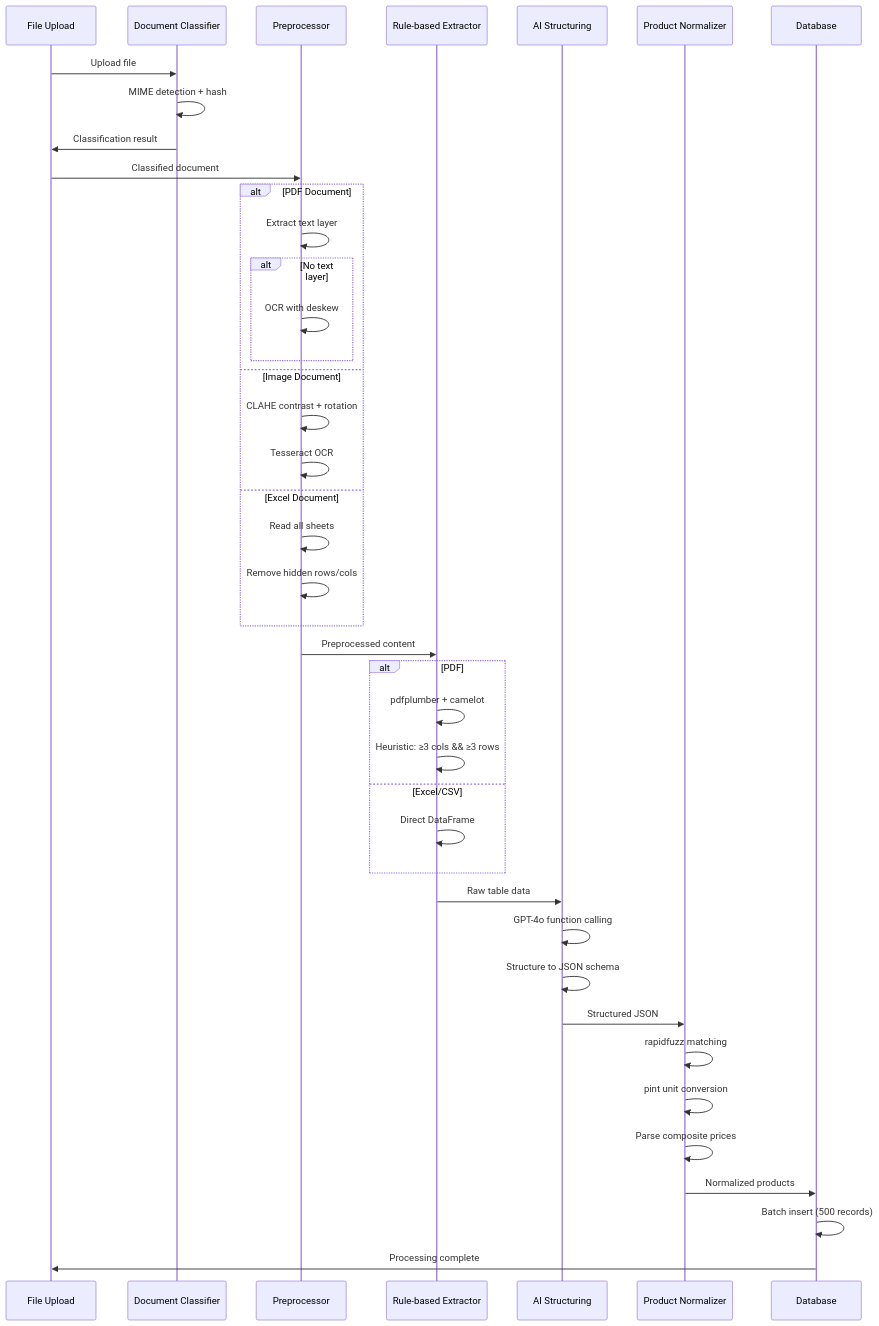
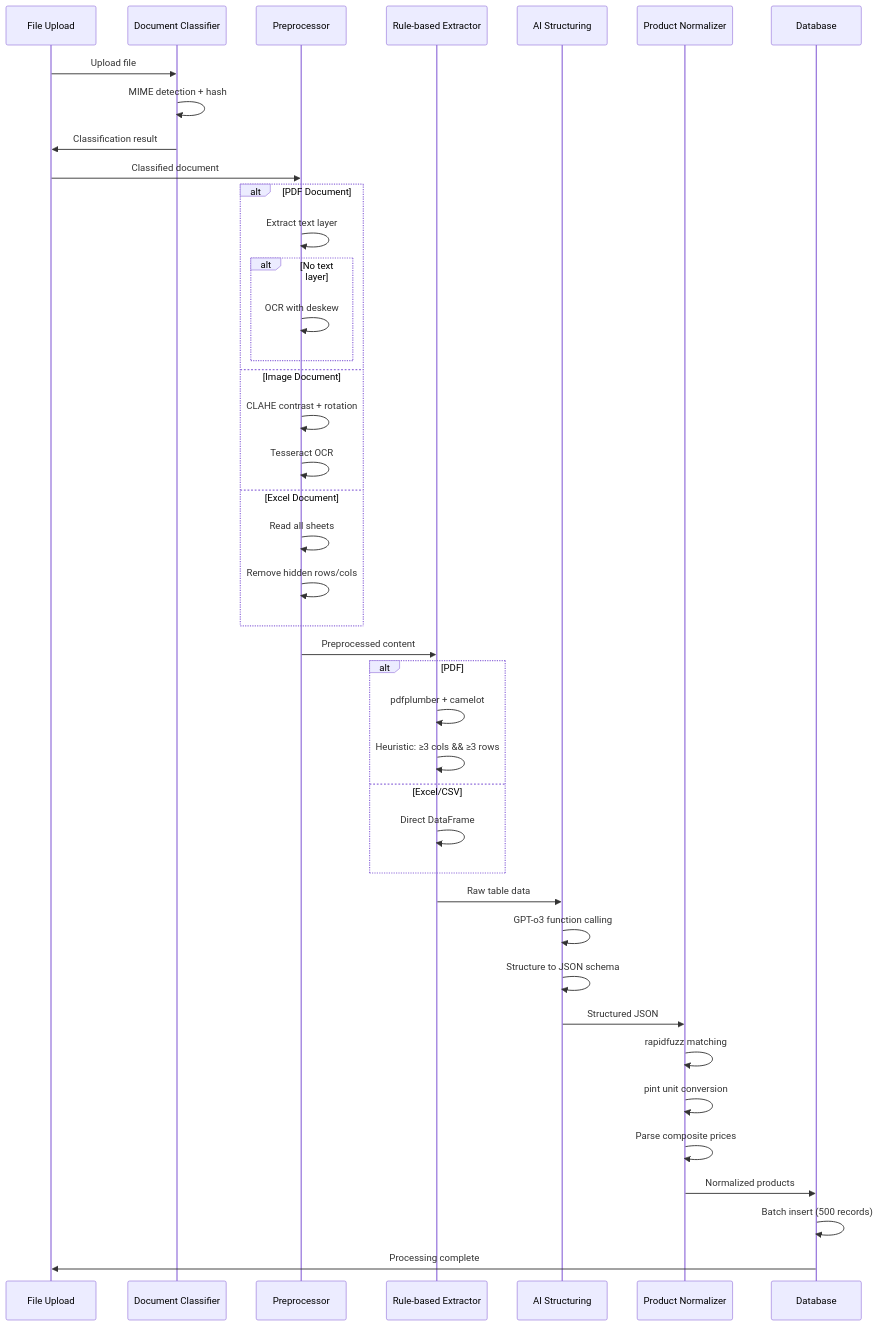
The diagram in PARSING_PIPELINE.md (Enthusiasm-c/monito-web), drawn with Mermaid before and after one commit. The commit also changed other lines of this file and 18 other files, not shown here.

````diff
--- a/PARSING_PIPELINE.md
+++ b/PARSING_PIPELINE.md
@@ -9,52 +9,52 @@
 ```mermaid
 sequenceDiagram
     participant Upload as File Upload
     participant Classifier as Document Classifier
     participant Preprocessor as Preprocessor
     participant Extractor as Rule-based Extractor
     participant AI as AI Structuring
     participant Normalizer as Product Normalizer
     participant DB as Database
 
     Upload->>Classifier: Upload file
     Classifier->>Classifier: MIME detection + hash
     Classifier->>Upload: Classification result
     
     Upload->>Preprocessor: Classified document
     
     alt PDF Document
         Preprocessor->>Preprocessor: Extract text layer
         alt No text layer
             Preprocessor->>Preprocessor: OCR with deskew
         end
     else Image Document
         Preprocessor->>Preprocessor: CLAHE contrast + rotation
         Preprocessor->>Preprocessor: Tesseract OCR
     else Excel Document
         Preprocessor->>Preprocessor: Read all sheets
         Preprocessor->>Preprocessor: Remove hidden rows/cols
     end
     
     Preprocessor->>Extractor: Preprocessed content
     
     alt PDF
         Extractor->>Extractor: pdfplumber + camelot
         Extractor->>Extractor: Heuristic: ≥3 cols && ≥3 rows
     else Excel/CSV
         Extractor->>Extractor: Direct DataFrame
     end
     
     Extractor->>AI: Raw table data
-    AI->>AI: GPT-4o function calling
+    AI->>AI: GPT-o3 function calling
     AI->>AI: Structure to JSON schema
     
     AI->>Normalizer: Structured JSON
     Normalizer->>Normalizer: rapidfuzz matching
     Normalizer->>Normalizer: pint unit conversion
     Normalizer->>Normalizer: Parse composite prices
     
     Normalizer->>DB: Normalized products
     DB->>DB: Batch insert (500 records)
     
     DB->>Upload: Processing complete
 ```
````
